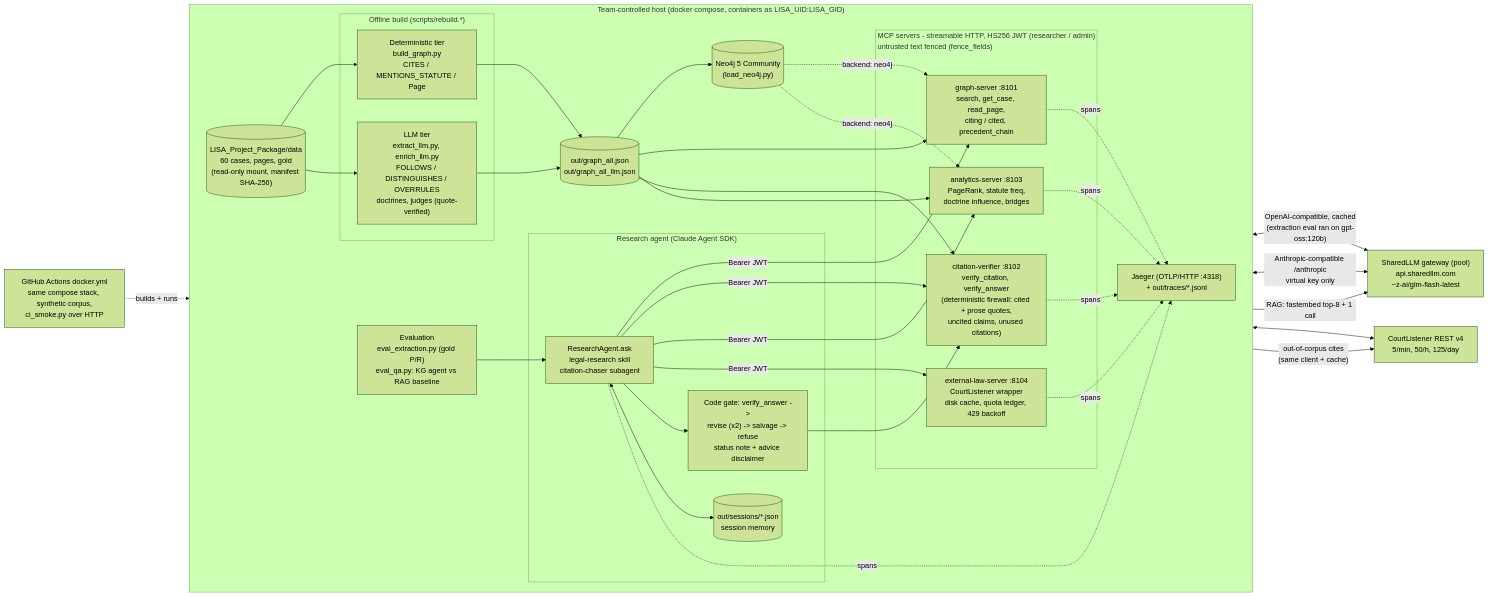
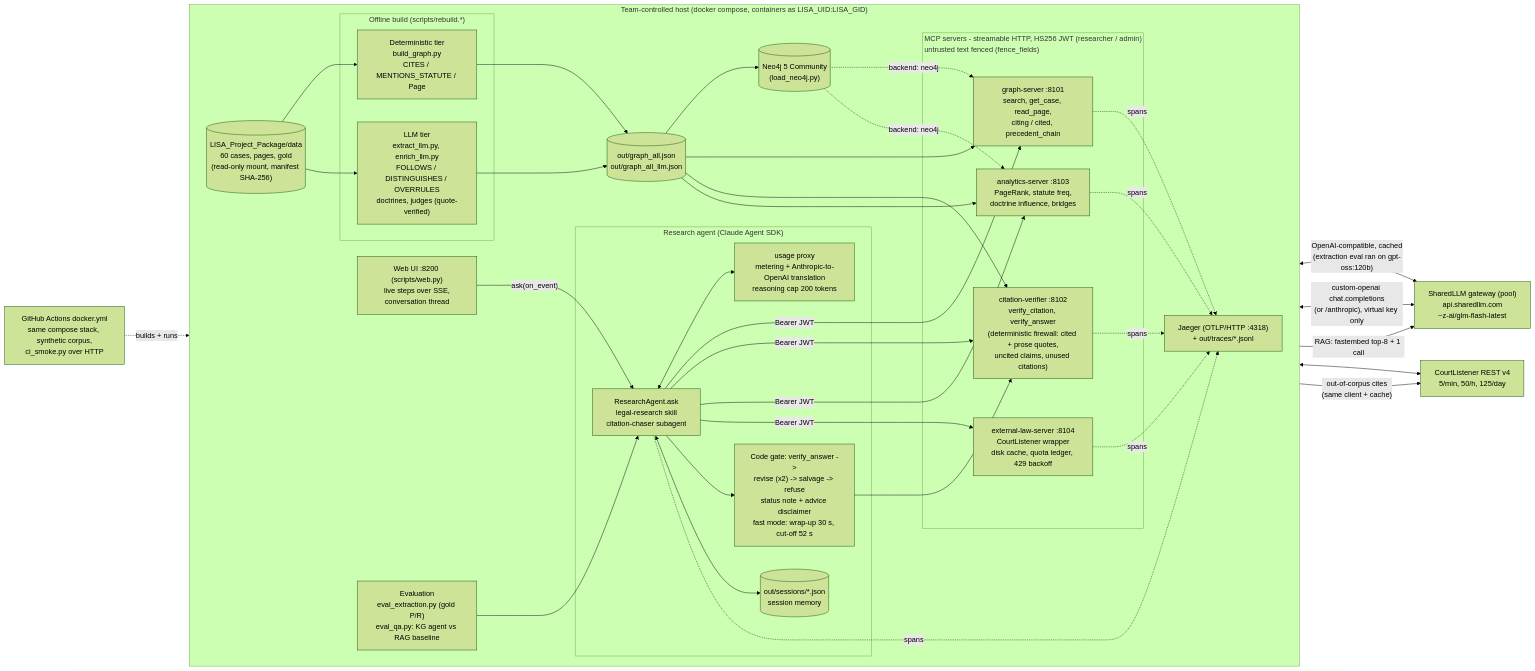
One commit to bhargavlukka/lisa-legal-kg changed the diagram in diagrams/architecture.mmd. Above: the diagram before and after it, drawn with Mermaid (forest theme). The commit also changed 13 other files, not shown here.

First line of the commit message:
Fast mode quality, tests and docs (#6)

````diff
--- a/diagrams/architecture.mmd
+++ b/diagrams/architecture.mmd
@@ -1,45 +1,49 @@
 %% LISA full system. Render: GitHub shows ```mermaid blocks natively (docs/architecture.md), or `npx @mermaid-js/mermaid-cli -i diagrams/architecture.mmd -o diagrams/architecture.svg`.
 flowchart LR
   subgraph Host["Team-controlled host (docker compose, containers as LISA_UID:LISA_GID)"]
     direction LR
     DATA[("LISA_Project_Package/data<br/>60 cases, pages, gold<br/>(read-only mount, manifest SHA-256)")]
     subgraph Build["Offline build (scripts/rebuild.*)"]
       DET["Deterministic tier<br/>build_graph.py<br/>CITES / MENTIONS_STATUTE / Page"]
       LLMX["LLM tier<br/>extract_llm.py, enrich_llm.py<br/>FOLLOWS / DISTINGUISHES / OVERRULES<br/>doctrines, judges (quote-verified)"]
     end
     GJSON[("out/graph_all.json<br/>out/graph_all_llm.json")]
     NEO[("Neo4j 5 Community<br/>(load_neo4j.py)")]
     subgraph MCP["MCP servers - streamable HTTP, HS256 JWT (researcher / admin)<br/>untrusted text fenced (fence_fields)"]
       G["graph-server :8101<br/>search, get_case, read_page,<br/>citing / cited, precedent_chain"]
       V["citation-verifier :8102<br/>verify_citation, verify_answer<br/>(deterministic firewall: cited + prose quotes,<br/>uncited claims, unused citations)"]
       A["analytics-server :8103<br/>PageRank, statute freq,<br/>doctrine influence, bridges"]
       X["external-law-server :8104<br/>CourtListener wrapper<br/>disk cache, quota ledger, 429 backoff"]
     end
     subgraph Agent["Research agent (Claude Agent SDK)"]
       AG["ResearchAgent.ask<br/>legal-research skill<br/>citation-chaser subagent"]
-      GATE["Code gate: verify_answer -><br/>revise (x2) -> salvage -> refuse<br/>status note + advice disclaimer"]
+      GATE["Code gate: verify_answer -><br/>revise (x2) -> salvage -> refuse<br/>status note + advice disclaimer<br/>fast mode: wrap-up 30 s, cut-off 52 s"]
+      PX["usage proxy<br/>metering + Anthropic-to-OpenAI translation<br/>reasoning cap 200 tokens"]
       MEM[("out/sessions/*.json<br/>session memory")]
     end
     J["Jaeger (OTLP/HTTP :4318)<br/>+ out/traces/*.jsonl"]
+    UI["Web UI :8200 (scripts/web.py)<br/>live steps over SSE,<br/>conversation thread"]
     EV["Evaluation<br/>eval_extraction.py (gold P/R)<br/>eval_qa.py: KG agent vs RAG baseline"]
   end
   LLM["SharedLLM gateway (pool)<br/>api.sharedllm.com<br/>~z-ai/glm-flash-latest"]
   CL["CourtListener REST v4<br/>5/min, 50/h, 125/day"]
   CI["GitHub Actions docker.yml<br/>same compose stack, synthetic corpus,<br/>ci_smoke.py over HTTP"]
 
   DATA --> DET --> GJSON
   DATA --> LLMX --> GJSON
   LLMX <-->|"OpenAI-compatible, cached<br/>(extraction eval ran on gpt-oss:120b)"| LLM
   GJSON --> NEO
   GJSON --> G & V & A
   NEO -. "backend: neo4j" .-> G & A
   X <--> CL
   V -->|"out-of-corpus cites<br/>(same client + cache)"| CL
-  AG <-->|"Anthropic-compatible /anthropic<br/>virtual key only"| LLM
+  AG <--> PX
+  PX <-->|"custom-openai chat.completions<br/>(or /anthropic), virtual key only"| LLM
+  UI -->|"ask(on_event)"| AG
   AG -->|"Bearer JWT"| G & V & A & X
   AG --> GATE --> V
   AG <--> MEM
   G & V & A & X & AG -. spans .-> J
   EV --> AG
   EV -->|"RAG: fastembed top-8 + 1 call"| LLM
   CI -. "builds + runs" .-> MCP
````
